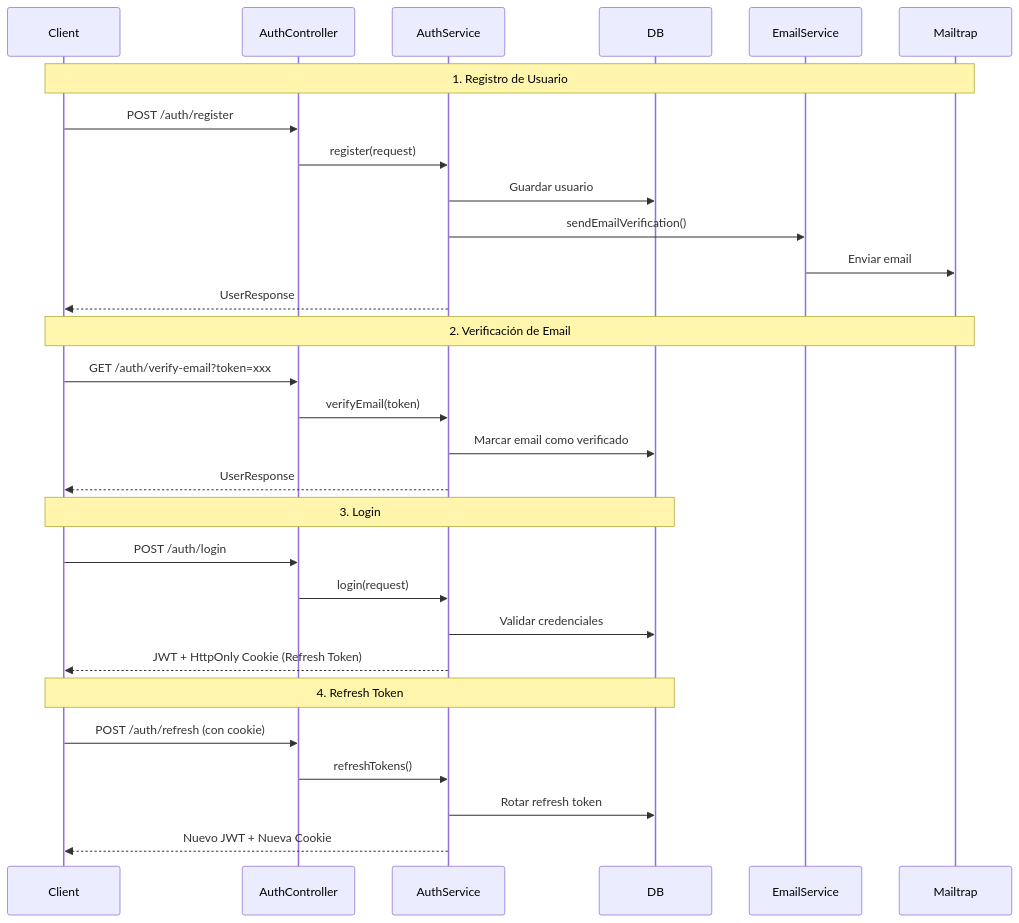
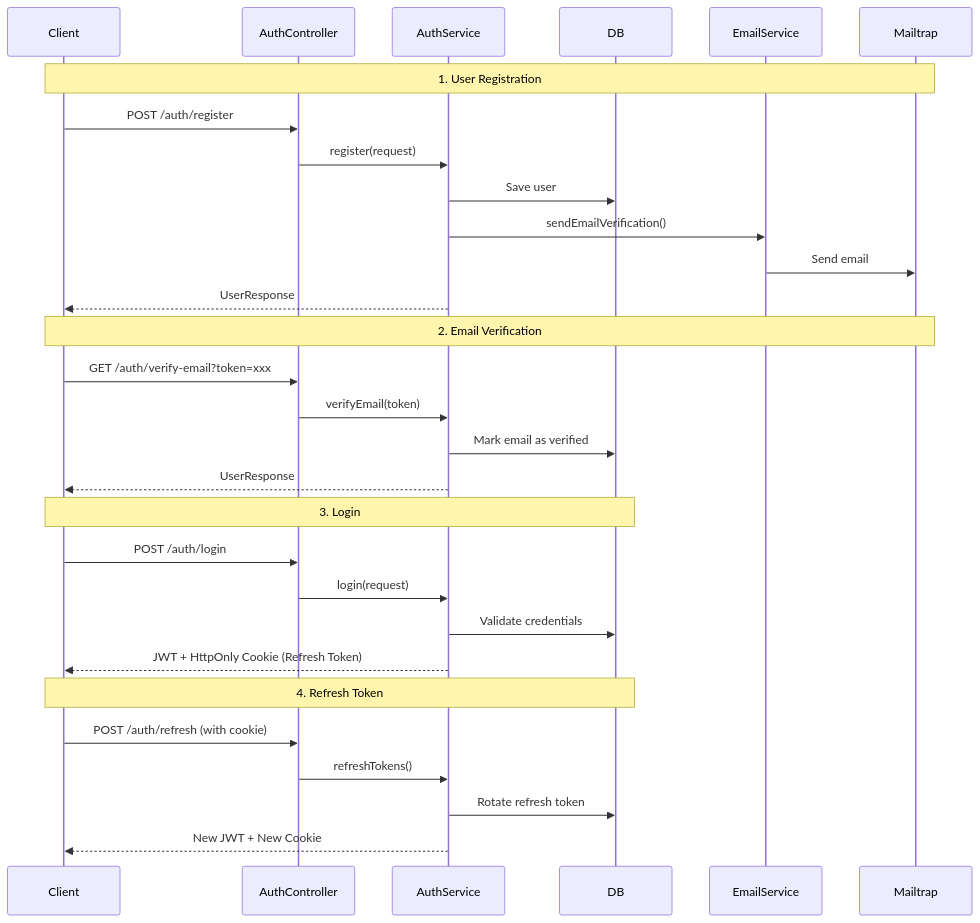
The second of 5 diagrams in README.md (JesusLuna2309/polyglotCloud), drawn with Mermaid before and after one commit. The commit also changed other lines of this file, not shown here.

````diff
--- a/README.md
+++ b/README.md
@@ -54,35 +54,35 @@
 ```mermaid
 sequenceDiagram
     participant Client
     participant AuthController
     participant AuthService
     participant DB
     participant EmailService
     participant Mailtrap
 
-    Note over Client,Mailtrap: 1. Registro de Usuario
+    Note over Client,Mailtrap: 1. User Registration
     Client->>AuthController: POST /auth/register
     AuthController->>AuthService: register(request)
-    AuthService->>DB: Guardar usuario
+    AuthService->>DB: Save user
     AuthService->>EmailService: sendEmailVerification()
-    EmailService->>Mailtrap: Enviar email
+    EmailService->>Mailtrap: Send email
     AuthService-->>Client: UserResponse
 
-    Note over Client,Mailtrap: 2. Verificación de Email
+    Note over Client,Mailtrap: 2. Email Verification
     Client->>AuthController: GET /auth/verify-email?token=xxx
     AuthController->>AuthService: verifyEmail(token)
-    AuthService->>DB: Marcar email como verificado
+    AuthService->>DB: Mark email as verified
     AuthService-->>Client: UserResponse
 
     Note over Client,DB: 3. Login
     Client->>AuthController: POST /auth/login
     AuthController->>AuthService: login(request)
-    AuthService->>DB: Validar credenciales
+    AuthService->>DB: Validate credentials
     AuthService-->>Client: JWT + HttpOnly Cookie (Refresh Token)
 
     Note over Client,DB: 4. Refresh Token
-    Client->>AuthController: POST /auth/refresh (con cookie)
+    Client->>AuthController: POST /auth/refresh (with cookie)
     AuthController->>AuthService: refreshTokens()
-    AuthService->>DB: Rotar refresh token
-    AuthService-->>Client: Nuevo JWT + Nueva Cookie
+    AuthService->>DB: Rotate refresh token
+    AuthService-->>Client: New JWT + New Cookie
 ```
````
